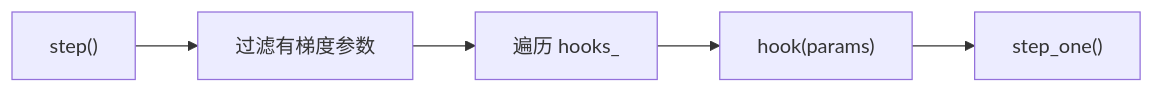
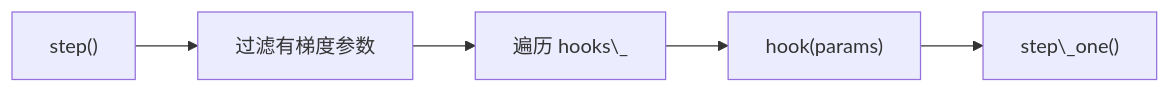
Diagram 34 of 41 in docs/design/architecture.md (jinbooooom/OriginDL), drawn with Mermaid before and after one commit. The commit also changed other lines of this file, not shown here.

````diff
--- a/docs/design/architecture.md
+++ b/docs/design/architecture.md
@@ -1666,10 +1596,10 @@
 ```mermaid
 flowchart LR
     Step["step()"]
     Filter["过滤有梯度参数"]
-    Hooks["遍历 hooks_"]
+    Hooks["遍历 hooks\_"]
     Hook["hook(params)"]
-    StepOne["step_one()"]
+    StepOne["step\_one()"]
 
     Step --> Filter --> Hooks --> Hook --> StepOne
 ```
````
